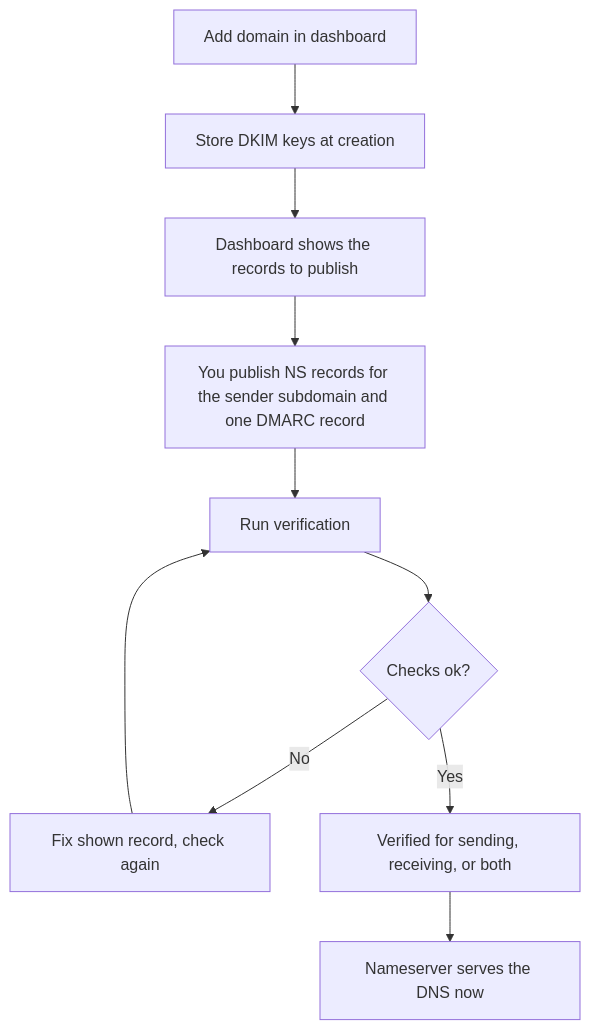
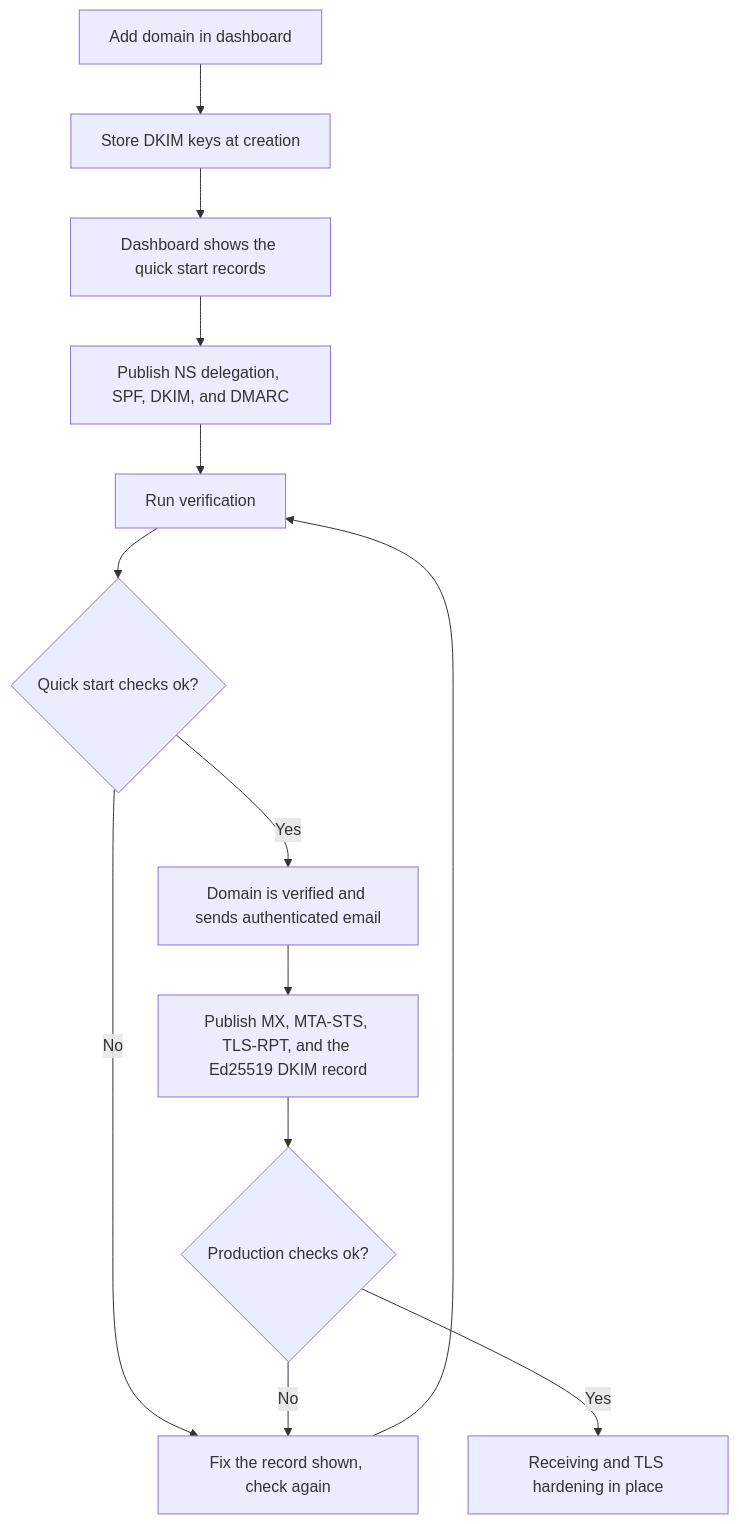
The second of 2 diagrams in docs/docs/domains.md (codingjoe/relay), drawn with Mermaid before and after one commit. The commit also changed other lines of this file and 25 other files, not shown here.

First line of the commit message:
Split domain verification into quick start and production

````diff
--- a/docs/docs/domains.md
+++ b/docs/docs/domains.md
@@ -67,12 +70,15 @@
 ```mermaid
 flowchart TD
     A[Add domain in dashboard] --> B[Store DKIM keys at creation]
-    B --> C[Dashboard shows the records to publish]
-    C --> D[You publish NS records for the sender subdomain and one DMARC record]
+    B --> C[Dashboard shows the quick start records]
+    C --> D[Publish NS delegation, SPF, DKIM, and DMARC]
     D --> E[Run verification]
-    E --> F{Checks ok?}
-    F -- No --> G[Fix shown record, check again]
+    E --> F{Quick start checks ok?}
+    F -- No --> G[Fix the record shown, check again]
     G --> E
-    F -- Yes --> H[Verified for sending, receiving, or both]
-    H --> I[Nameserver serves the DNS now]
+    F -- Yes --> H[Domain is verified and sends authenticated email]
+    H --> I[Publish MX, MTA-STS, TLS-RPT, and the Ed25519 DKIM record]
+    I --> J{Production checks ok?}
+    J -- No --> G
+    J -- Yes --> K[Receiving and TLS hardening in place]
 ```
````
